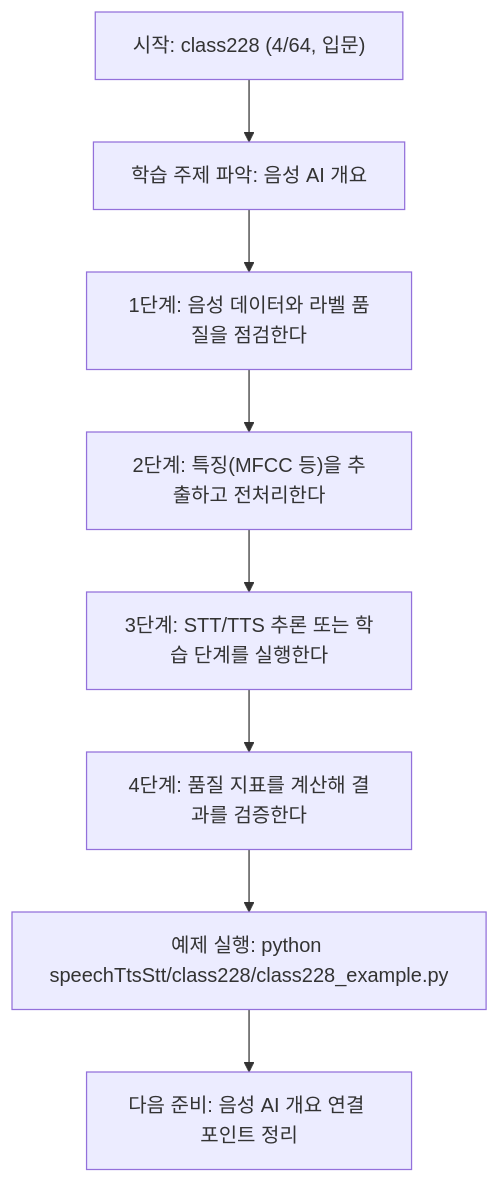
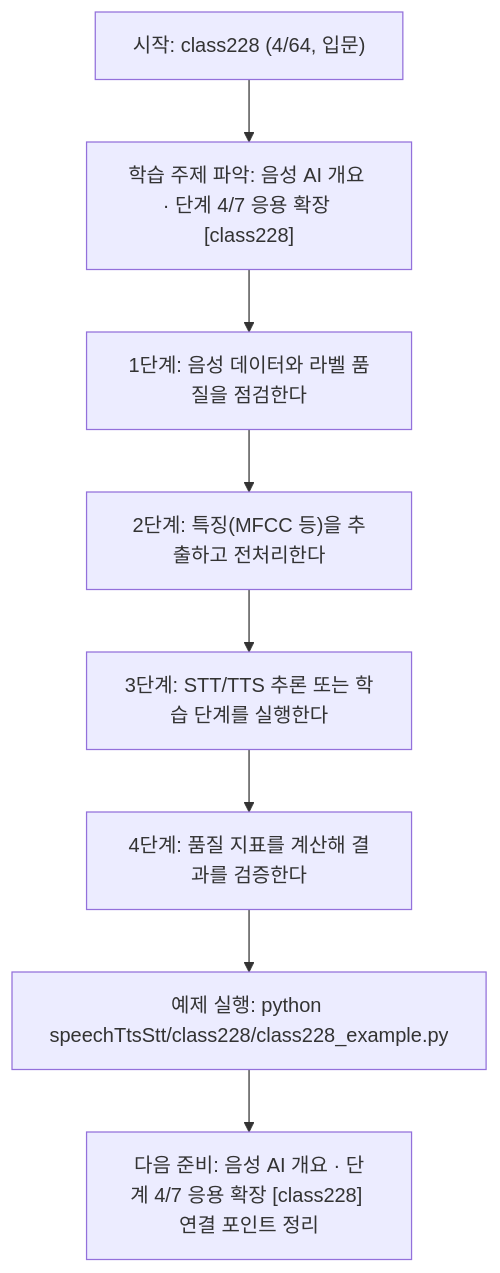
The diagram in speechTtsStt/class228/class228.md (edumgt/Python-AI_Agent-Class), drawn with Mermaid before and after one commit. The commit also changed other lines of this file and 522 other files, not shown here.

````diff
--- a/speechTtsStt/class228/class228.md
+++ b/speechTtsStt/class228/class228.md
@@ -113,18 +114,18 @@
 ```mermaid
 flowchart TD
 N1["시작: class228 (4/64, 입문)"]
-N2["학습 주제 파악: 음성 AI 개요"]
+N2["학습 주제 파악: 음성 AI 개요 · 단계 4/7 응용 확장 [class228]"]
 N3["1단계: 음성 데이터와 라벨 품질을 점검한다"]
 N4["2단계: 특징(MFCC 등)을 추출하고 전처리한다"]
 N5["3단계: STT/TTS 추론 또는 학습 단계를 실행한다"]
 N6["4단계: 품질 지표를 계산해 결과를 검증한다"]
 N7["예제 실행: python speechTtsStt/class228/class228_example.py"]
-N8["다음 준비: 음성 AI 개요 연결 포인트 정리"]
+N8["다음 준비: 음성 AI 개요 · 단계 4/7 응용 확장 [class228] 연결 포인트 정리"]
 N1 --> N2
 N2 --> N3
 N3 --> N4
 N4 --> N5
 N5 --> N6
 N6 --> N7
 N7 --> N8
 ```
````
